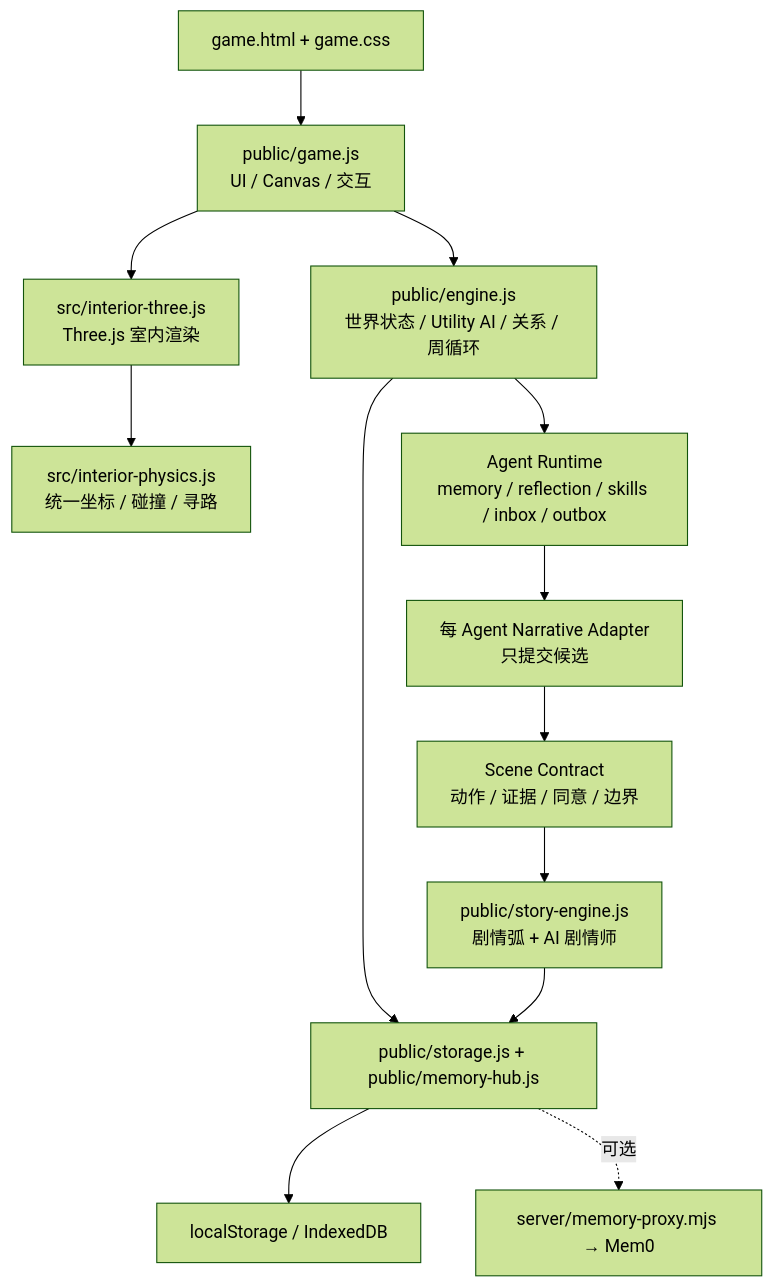
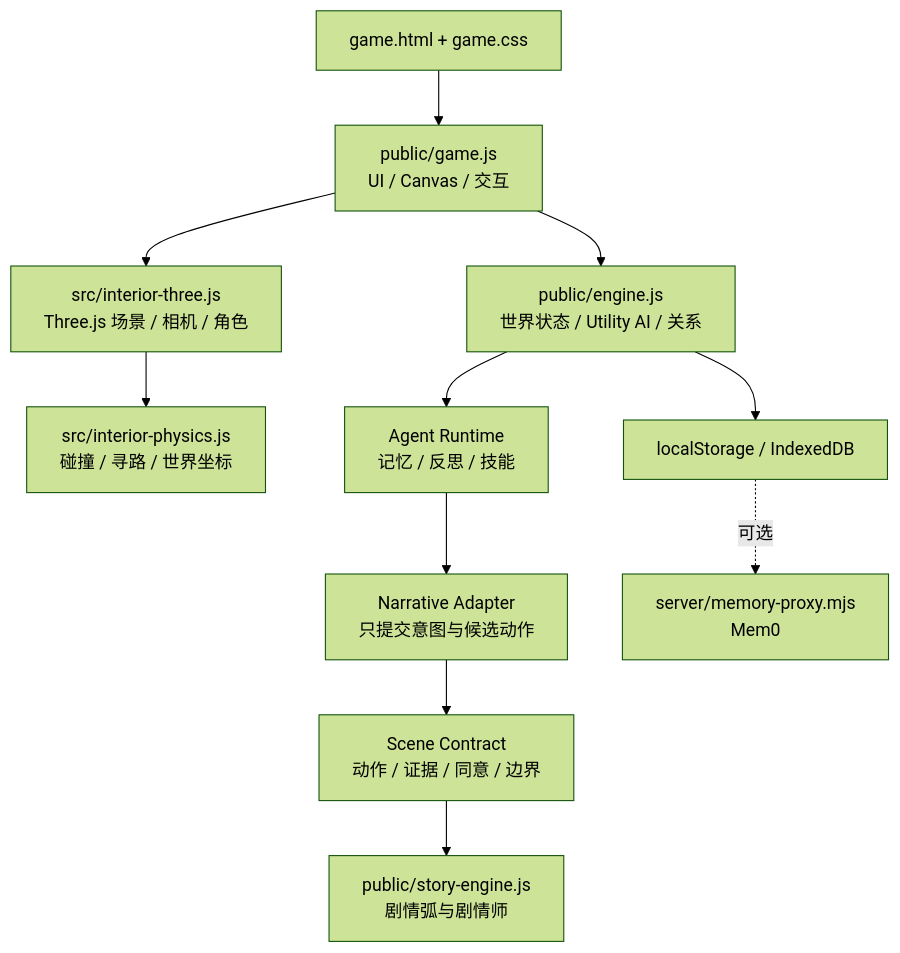
Before and after one commit to plaxkk/MirrorLife: the second of 2 diagrams in README.md, drawn with Mermaid (forest theme). The commit also changed other lines of this file and 1 other file, not shown here.

````diff
--- a/README.md
+++ b/README.md
@@ -228,15 +180,13 @@
 ```mermaid
 flowchart TB
-    UI["game.html + game.css"] --> GAME["public/game.js\nUI / Canvas / 交互"]
-    GAME --> ENGINE["public/engine.js\n世界状态 / Utility AI / 关系 / 周循环"]
-    GAME --> THREE["src/interior-three.js\nThree.js 室内渲染"]
-    THREE --> PHYSICS["src/interior-physics.js\n统一坐标 / 碰撞 / 寻路"]
-    ENGINE --> AGENTS["Agent Runtime\nmemory / reflection / skills / inbox / outbox"]
-    AGENTS --> PROPOSAL["每 Agent Narrative Adapter\n只提交候选"]
-    PROPOSAL --> CONTRACT["Scene Contract\n动作 / 证据 / 同意 / 边界"]
-    CONTRACT --> STORY["public/story-engine.js\n剧情弧 + AI 剧情师"]
-    ENGINE --> STORAGE["public/storage.js + public/memory-hub.js"]
-    STORY --> STORAGE
-    STORAGE --> LOCAL["localStorage / IndexedDB"]
-    STORAGE -.可选.-> MEM0["server/memory-proxy.mjs → Mem0"]
+    UI["game.html + game.css"] --> GAME["public/game.js<br/>UI / Canvas / 交互"]
+    GAME --> ENGINE["public/engine.js<br/>世界状态 / Utility AI / 关系"]
+    GAME --> THREE["src/interior-three.js<br/>Three.js 场景 / 相机 / 角色"]
+    THREE --> PHYSICS["src/interior-physics.js<br/>碰撞 / 寻路 / 世界坐标"]
+    ENGINE --> AGENTS["Agent Runtime<br/>记忆 / 反思 / 技能"]
+    AGENTS --> ADAPTER["Narrative Adapter<br/>只提交意图与候选动作"]
+    ADAPTER --> CONTRACT["Scene Contract<br/>动作 / 证据 / 同意 / 边界"]
+    CONTRACT --> STORY["public/story-engine.js<br/>剧情弧与剧情师"]
+    ENGINE --> STORAGE["localStorage / IndexedDB"]
+    STORAGE -. "可选" .-> MEM0["server/memory-proxy.mjs<br/>Mem0"]
 ```
````
